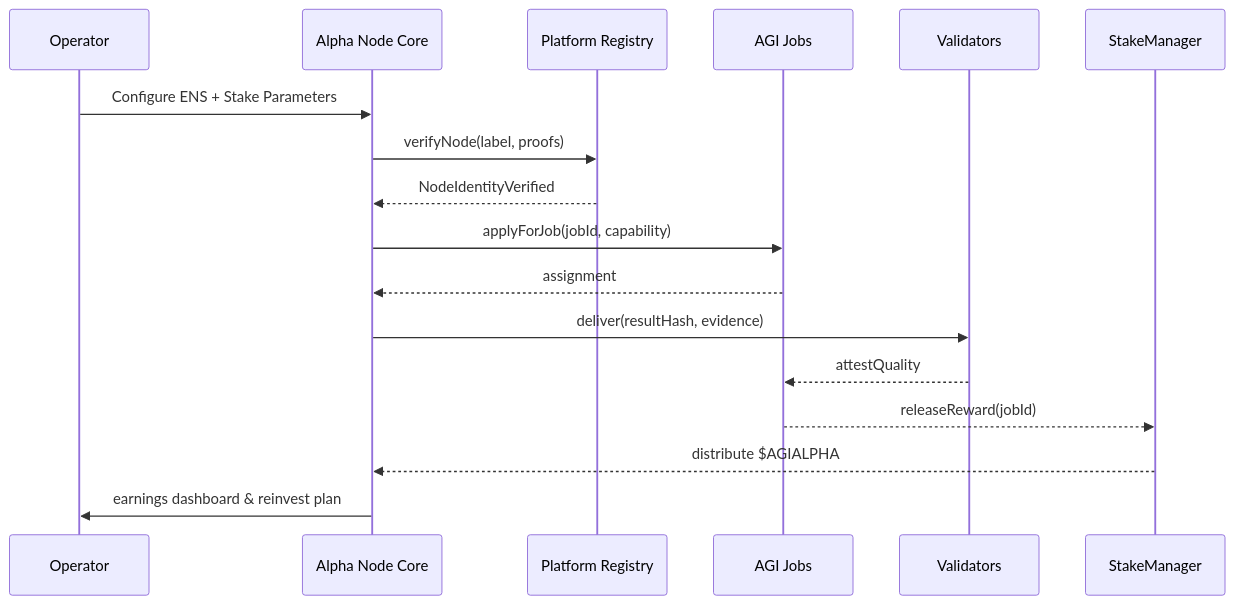
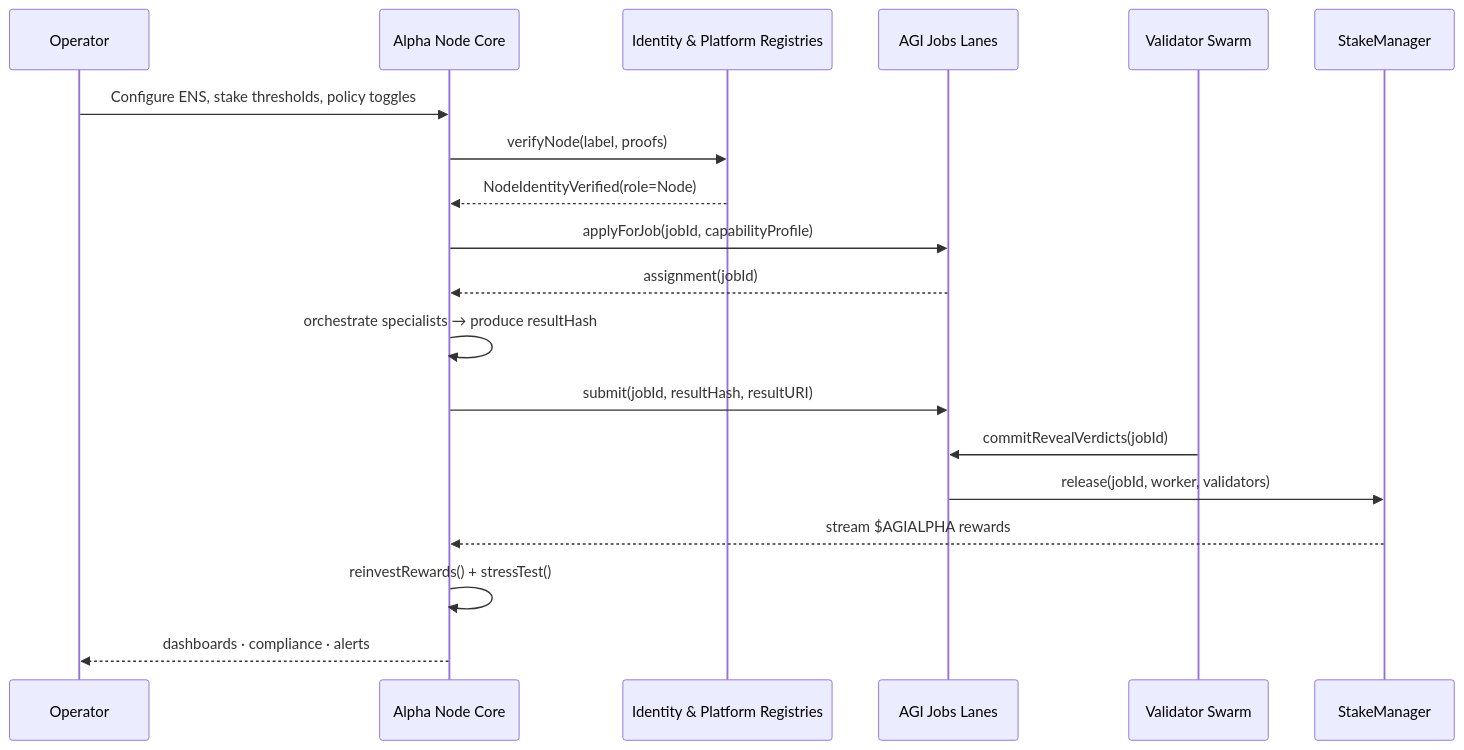
The second of 2 diagrams in README.md (MontrealAI/AGI-Alpha-Node-v0), drawn with Mermaid before and after one commit. The commit also changed other lines of this file and 1 other file, not shown here.

````diff
--- a/README.md
+++ b/README.md
@@ -71,19 +100,21 @@
 ```mermaid
 sequenceDiagram
-    participant Operator
+    participant Operator as Operator
     participant Node as Alpha Node Core
-    participant Registry as Platform Registry
-    participant Jobs as AGI Jobs
-    participant Validators
+    participant Registry as Identity & Platform Registries
+    participant Jobs as AGI Jobs Lanes
+    participant Validators as Validator Swarm
 
-    Operator->>Node: Configure ENS + Stake Parameters
+    Operator->>Node: Configure ENS, stake thresholds, policy toggles
     Node->>Registry: verifyNode(label, proofs)
-    Registry-->>Node: NodeIdentityVerified
-    Node->>Jobs: applyForJob(jobId, capability)
-    Jobs-->>Node: assignment
-    Node->>Validators: deliver(resultHash, evidence)
-    Validators-->>Jobs: attestQuality
-    Jobs-->>StakeManager: releaseReward(jobId)
-    StakeManager-->>Node: distribute $AGIALPHA
-    Node->>Operator: earnings dashboard & reinvest plan
+    Registry-->>Node: NodeIdentityVerified(role=Node)
+    Node->>Jobs: applyForJob(jobId, capabilityProfile)
+    Jobs-->>Node: assignment(jobId)
+    Node->>Node: orchestrate specialists → produce resultHash
+    Node->>Jobs: submit(jobId, resultHash, resultURI)
+    Validators->>Jobs: commitRevealVerdicts(jobId)
+    Jobs->>StakeManager: release(jobId, worker, validators)
+    StakeManager-->>Node: stream $AGIALPHA rewards
+    Node->>Node: reinvestRewards() + stressTest()
+    Node-->>Operator: dashboards · compliance · alerts
 ```
````
